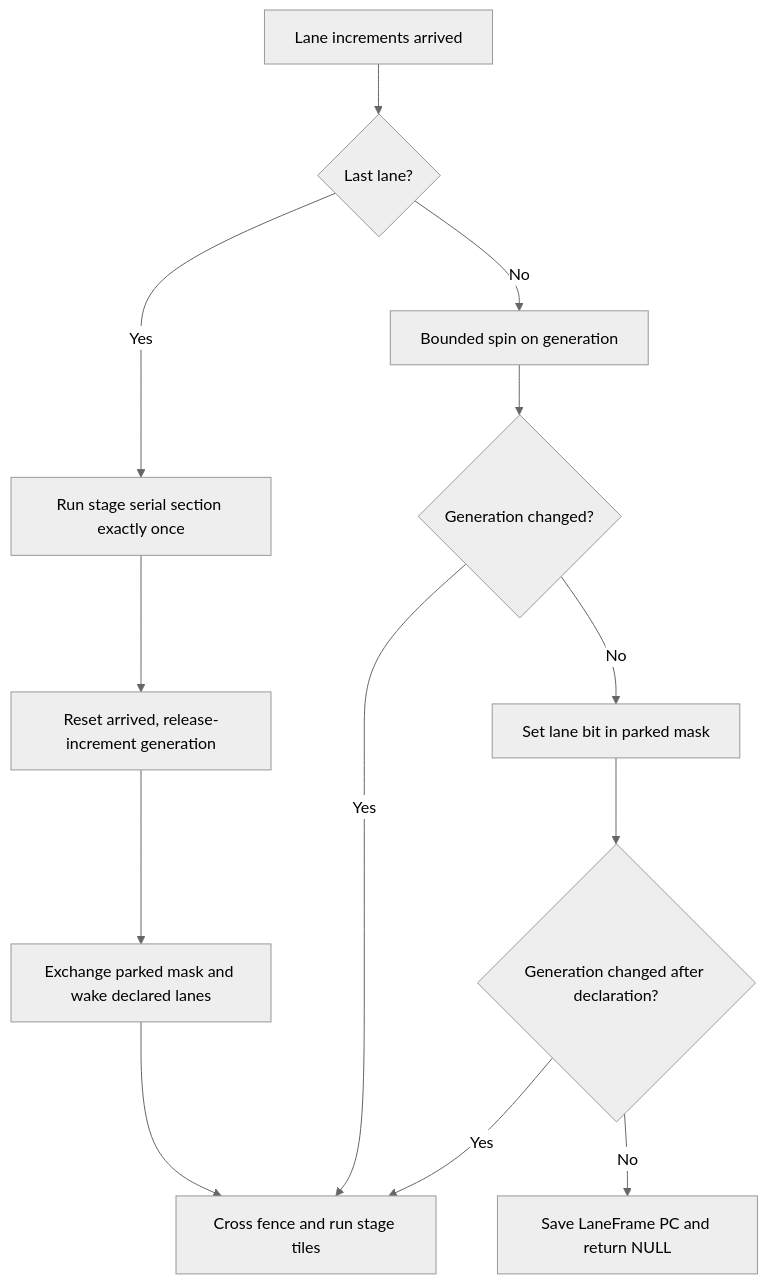
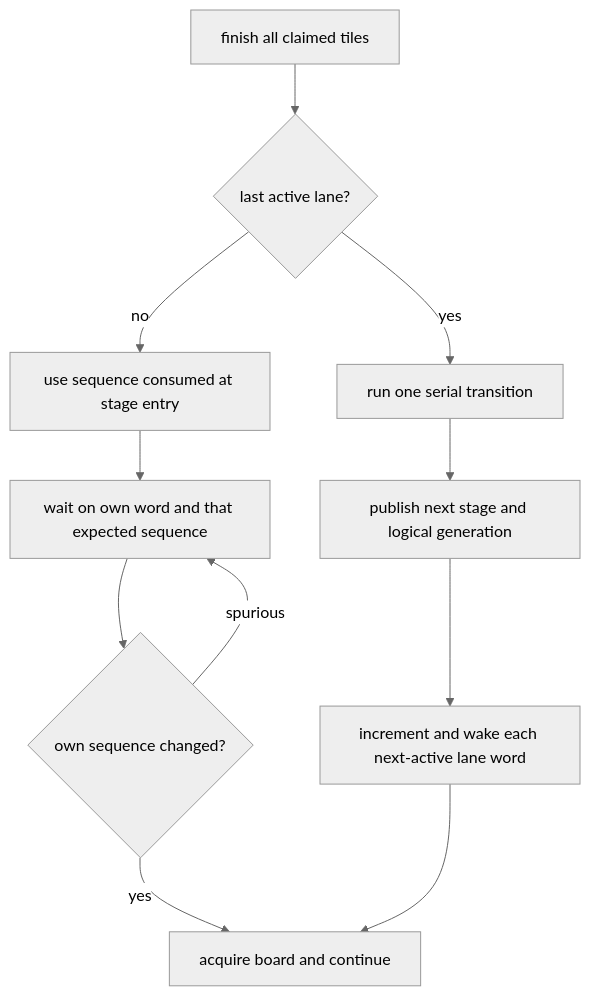
One commit to SolaceHarmony/emberharmony changed the third of 3 diagrams in docs/native/KCORO_ARENA_INTEGRATION.md. Above: the diagram before and after it, drawn with Mermaid (neutral theme). The commit also changed other lines of this file and 74 other files, not shown here.

````diff
--- a/docs/native/KCORO_ARENA_INTEGRATION.md
+++ b/docs/native/KCORO_ARENA_INTEGRATION.md
@@ -492,22 +357,13 @@
 ```mermaid
 flowchart TD
-    Arrive["Lane increments arrived"]
-    Last{"Last lane?"}
-    Serial["Run stage serial section exactly once"]
-    Publish["Reset arrived, release-increment generation"]
-    Wake["Exchange parked mask and wake declared lanes"]
-    Spin["Bounded spin on generation"]
-    Changed{"Generation changed?"}
-    Declare["Set lane bit in parked mask"]
-    Recheck{"Generation changed after declaration?"}
-    Suspend["Save LaneFrame PC and return NULL"]
-    Cross["Cross fence and run stage tiles"]
-
-    Arrive --> Last
-    Last -->|Yes| Serial --> Publish --> Wake --> Cross
-    Last -->|No| Spin --> Changed
-    Changed -->|Yes| Cross
-    Changed -->|No| Declare --> Recheck
-    Recheck -->|Yes| Cross
-    Recheck -->|No| Suspend
+    Tiles["finish all claimed tiles"] --> Last{"last active lane?"}
+    Last -->|yes| Serial["run one serial transition"]
+    Serial --> Publish["publish next stage and logical generation"]
+    Publish --> Wake["increment and wake each next-active lane word"]
+    Last -->|no| Expected["use sequence consumed at stage entry"]
+    Expected --> Block["wait on own word and that expected sequence"]
+    Block --> Recheck{"own sequence changed?"}
+    Recheck -->|yes| Next["acquire board and continue"]
+    Recheck -->|spurious| Block
+    Wake --> Next
 ```
````
